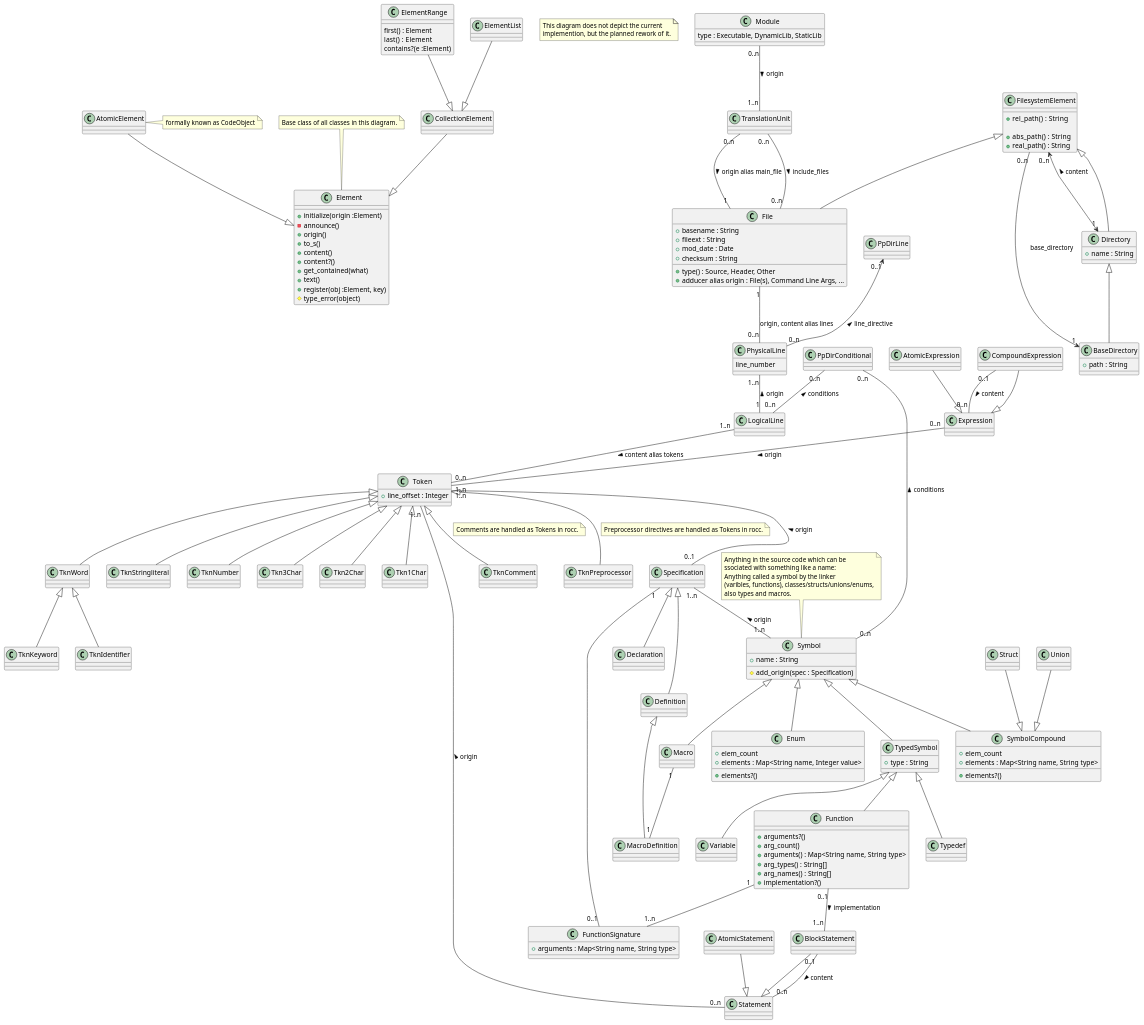
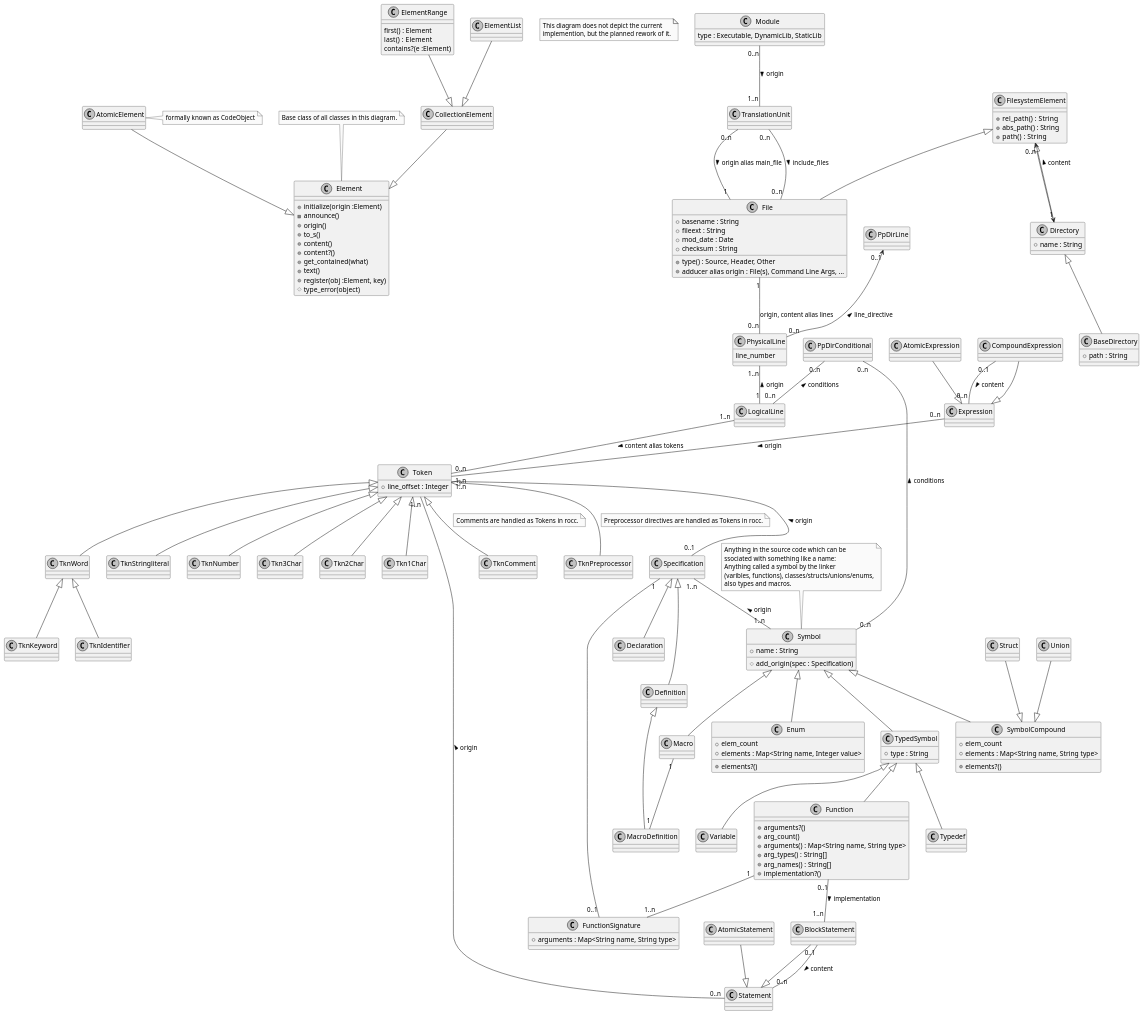
Before and after one commit to thilo-fischer/rocc: the diagram in design/classes.puml, drawn with PlantUML. The commit also changed 16 other files, not shown here.

```diff
--- a/design/classes.puml
+++ b/design/classes.puml
@@ -2,6 +2,8 @@
 
 ' Copyright (C) 2014-2015  Thilo Fischer.
 ' Free for non-commercial and most commercial use. See LICENSE.txt for details.
+
+skinparam monochrome true
 
 note as N1
   This diagram does not depict the current
@@ -61,9 +63,10 @@
 class FilesystemElement {
   ' Relative path of this FilesystemElement wrt its base_directory
   + rel_path()  : String
-
-  + abs_path()  : String
-  + real_path() : String
+  ' absolute path to this FilesystemElement
+  + abs_path() : String
+  ' path as specified by build setup and/or source code
+  + path()  : String
 }
 
 class File {
@@ -93,8 +96,8 @@
   + path : String
 }
 Directory <|-- BaseDirectory
-' A BaseDirectory's base_directory is the object itself.
-FilesystemElement "0..n" --> "1" BaseDirectory : base_directory
+'' A BaseDirectory's base_directory is the object itself.
+'FilesystemElement "0..n" --> "1" BaseDirectory : base_directory
 
 class PhysicalLine {
   line_number
```
